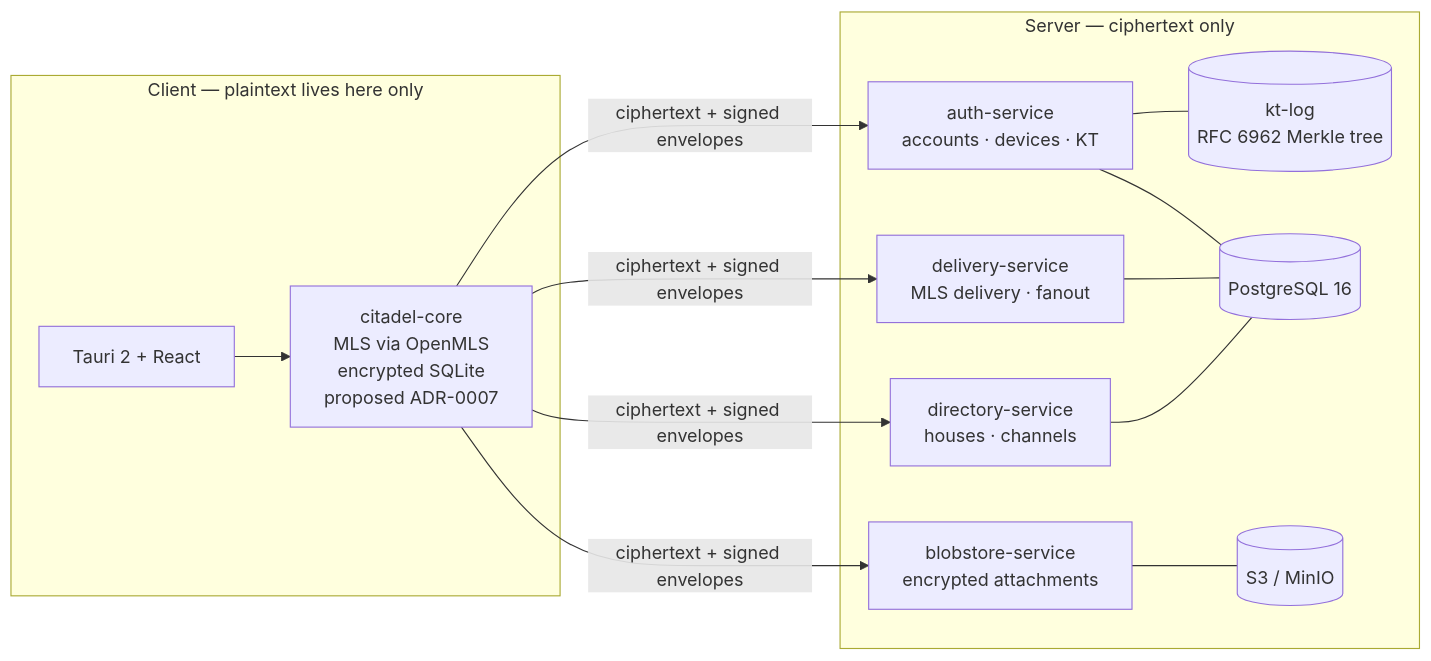
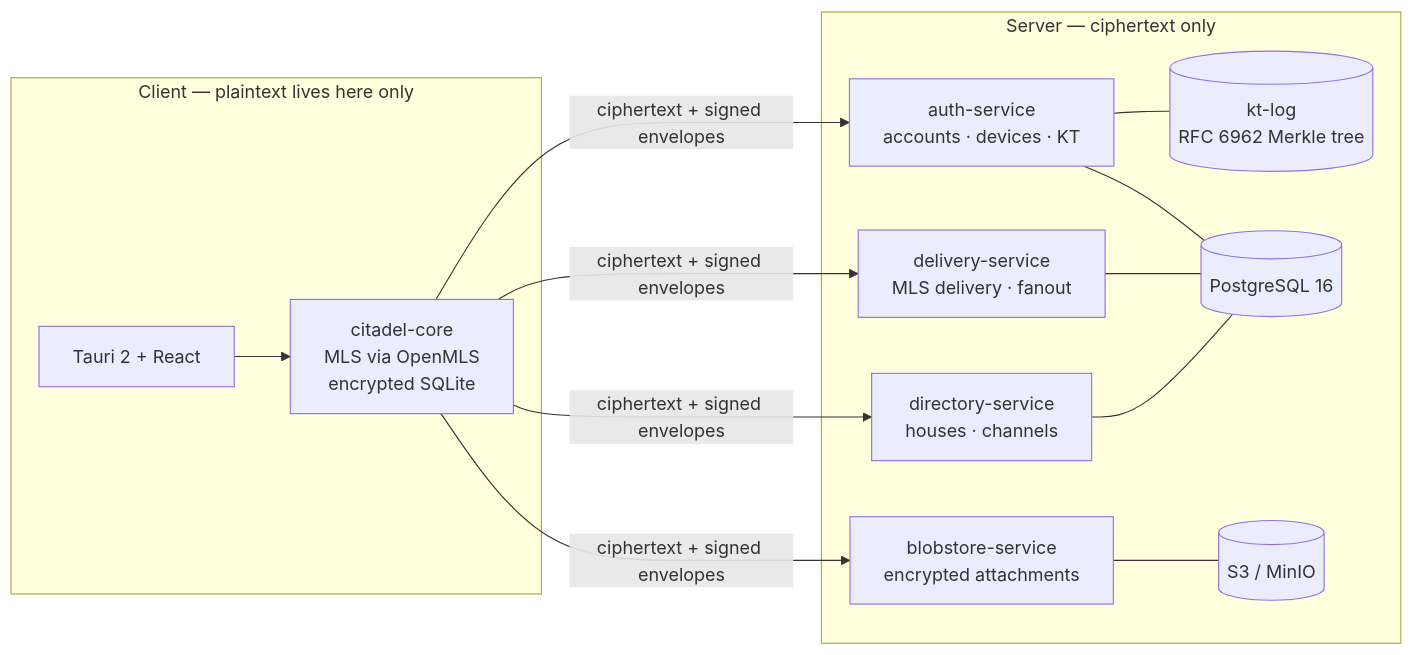
One commit to Phew/Citadel changed the diagram in README.md. Above: the diagram before and after it, drawn with Mermaid. The commit also changed other lines of this file, not shown here.

````diff
--- a/README.md
+++ b/README.md
@@ -52,19 +52,19 @@
 ```mermaid
 flowchart LR
     subgraph Client [Client — plaintext lives here only]
-        UI[Tauri 2 + React] --> Core[citadel-core<br/>MLS via OpenMLS<br/>encrypted SQLite<br/>proposed ADR-0007]
+        UI[Tauri 2 + React] --> Core[citadel-core<br/>MLS via OpenMLS<br/>encrypted SQLite]
     end
     subgraph Server [Server — ciphertext only]
         Auth[auth-service<br/>accounts · devices · KT]
         Delivery[delivery-service<br/>MLS delivery · fanout]
         Directory[directory-service<br/>houses · channels]
         Blob[blobstore-service<br/>encrypted attachments]
         KT[(kt-log<br/>RFC 6962 Merkle tree)]
         PG[(PostgreSQL 16)]
         S3[(S3 / MinIO)]
     end
     Core -->|ciphertext + signed envelopes| Auth & Delivery & Directory & Blob
     Auth --- KT
     Auth & Delivery & Directory --- PG
     Blob --- S3
 ```
````
